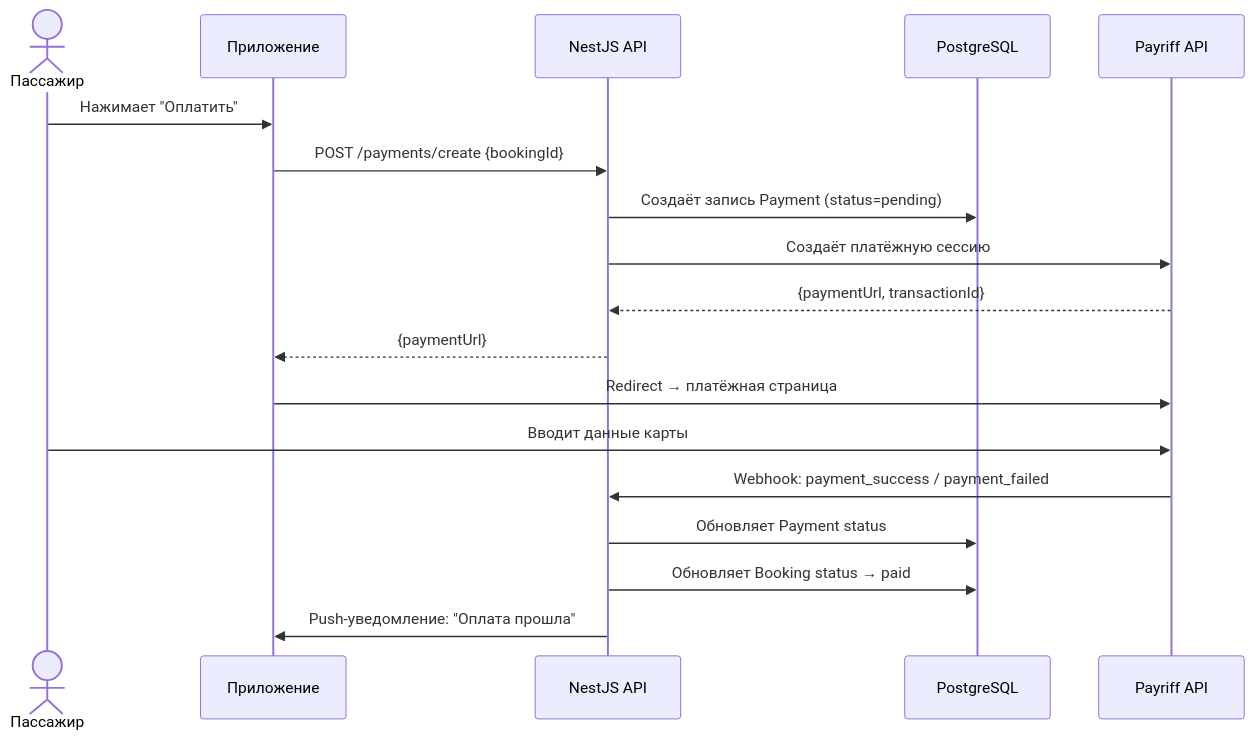
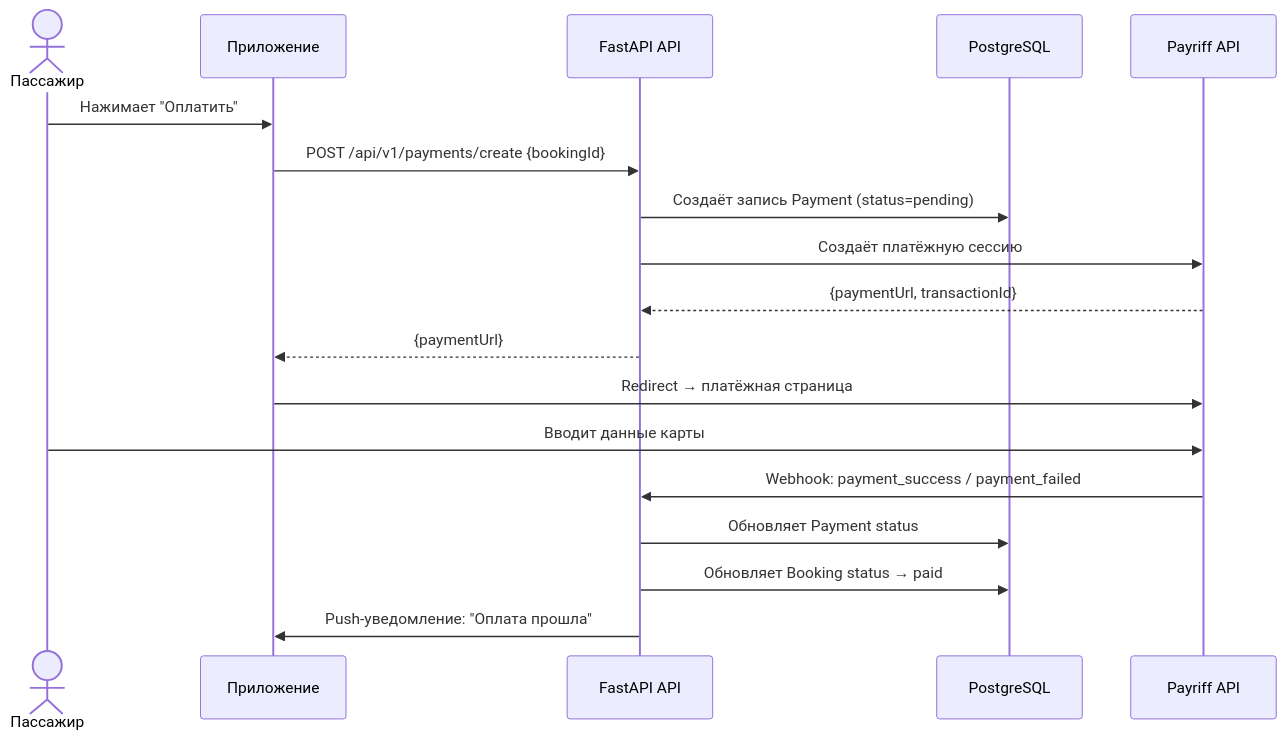
Before and after one commit to JosephIsrafilov/yolustu: the fourth of 5 diagrams in yolustu_architecture.md, drawn with Mermaid. The commit also changed other lines of this file and 35 other files, not shown here.

````diff
--- a/yolustu_architecture.md
+++ b/yolustu_architecture.md
@@ -141,21 +117,21 @@
 ```mermaid
 sequenceDiagram
     actor P as Пассажир
     participant App as Приложение
-    participant API as NestJS API
+    participant API as FastAPI API
     participant DB as PostgreSQL
     participant Pay as Payriff API
 
     P->>App: Нажимает "Оплатить"
-    App->>API: POST /payments/create {bookingId}
+    App->>API: POST /api/v1/payments/create {bookingId}
     API->>DB: Создаёт запись Payment (status=pending)
     API->>Pay: Создаёт платёжную сессию
     Pay-->>API: {paymentUrl, transactionId}
     API-->>App: {paymentUrl}
     App->>Pay: Redirect → платёжная страница
     P->>Pay: Вводит данные карты
     Pay->>API: Webhook: payment_success / payment_failed
     API->>DB: Обновляет Payment status
     API->>DB: Обновляет Booking status → paid
     API->>App: Push-уведомление: "Оплата прошла"
 ```
````
